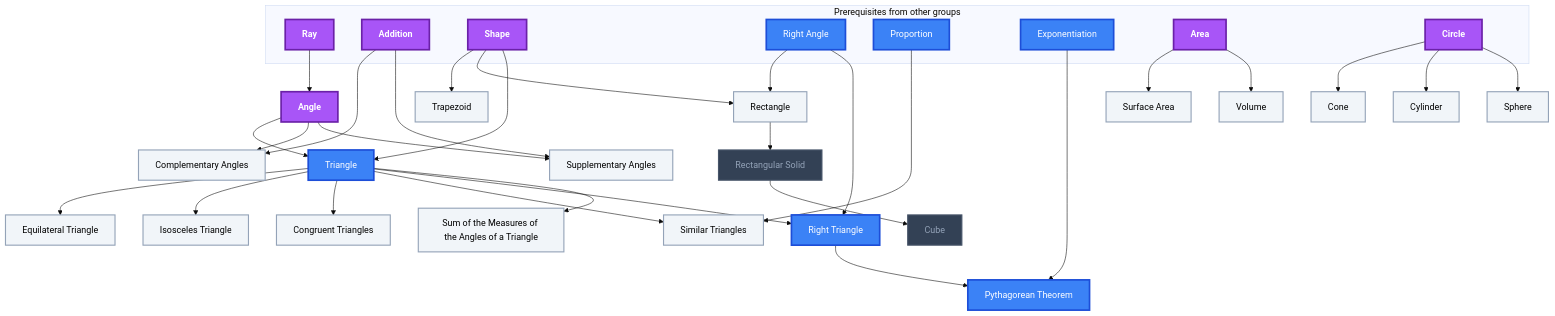
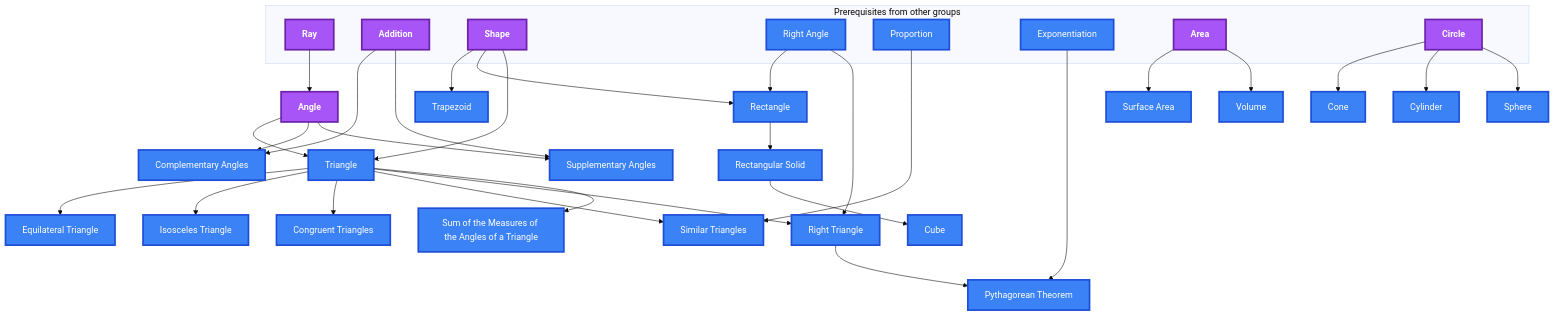
The eighth of 10 diagrams in Gamification/Skill Trees/Pre-Algebra.md (MRauf1/My-Notes), drawn with Mermaid (base theme) before and after one commit. The commit also changed other lines of this file and 145 other files, not shown here.

````diff
--- a/Gamification/Skill Trees/Pre-Algebra.md
+++ b/Gamification/Skill Trees/Pre-Algebra.md
@@ -415,74 +402,72 @@
 ```mermaid
 flowchart TD
     classDef planned fill:#1E293B,stroke:#64748B,stroke-width:2px,stroke-dasharray:5 5,color:#94A3B8;
     classDef locked fill:#334155,stroke:#475569,stroke-width:2px,color:#94A3B8;
     classDef L0 fill:#F1F5F9,stroke:#94A3B8,stroke-width:2px,color:#000000;
     classDef L1 fill:#22C55E,stroke:#15803D,stroke-width:2px,color:#000000;
     classDef L2 fill:#3B82F6,stroke:#1D4ED8,stroke-width:3px,color:#FFFFFF;
     classDef L3 fill:#A855F7,stroke:#6B21A8,stroke-width:3px,color:#FFFFFF,font-weight:bold;
     classDef L4 fill:#F97316,stroke:#C2410C,stroke-width:4px,color:#000000,font-weight:bold;
     classDef L5 fill:#FFD700,stroke:#FF8C00,stroke-width:5px,color:#000000,font-weight:bold;
     classDef rusty stroke:#8B4513,stroke-width:4px,stroke-dasharray:3 3;
     subgraph sg_prereqs["Prerequisites from other groups"]
         n_ray["Ray"]
         n_addition["Addition"]
         n_shape["Shape"]
         n_right_angle["Right Angle"]
         n_proportion["Proportion"]
         n_exponentiation["Exponentiation"]
         n_area["Area"]
         n_circle["Circle"]
     end
     n_angle["Angle"]
     n_supplementary_angles["Supplementary Angles"]
     n_complementary_angles["Complementary Angles"]
     n_triangle["Triangle"]
     n_sum_of_the_measures_of_the_angles_of_a_triangle["Sum of the Measures of the Angles of a Triangle"]
     n_right_triangle["Right Triangle"]
     n_similar_triangles["Similar Triangles"]
     n_pythagorean_theorem["Pythagorean Theorem"]
     n_volume["Volume"]
     n_rectangle["Rectangle"]
     n_congruent_triangles["Congruent Triangles"]
     n_isosceles_triangle["Isosceles Triangle"]
     n_equilateral_triangle["Equilateral Triangle"]
     n_trapezoid["Trapezoid"]
     n_surface_area["Surface Area"]
     n_rectangular_solid["Rectangular Solid"]
     n_cube["Cube"]
     n_sphere["Sphere"]
     n_cylinder["Cylinder"]
     n_cone["Cone"]
     n_ray --> n_angle
     n_addition --> n_supplementary_angles
     n_angle --> n_supplementary_angles
     n_addition --> n_complementary_angles
     n_angle --> n_complementary_angles
     n_shape --> n_triangle
     n_angle --> n_triangle
     n_triangle --> n_sum_of_the_measures_of_the_angles_of_a_triangle
     n_right_angle --> n_right_triangle
     n_triangle --> n_right_triangle
     n_proportion --> n_similar_triangles
     n_triangle --> n_similar_triangles
     n_exponentiation --> n_pythagorean_theorem
     n_right_triangle --> n_pythagorean_theorem
     n_area --> n_volume
     n_right_angle --> n_rectangle
     n_shape --> n_rectangle
     n_triangle --> n_congruent_triangles
     n_triangle --> n_isosceles_triangle
     n_triangle --> n_equilateral_triangle
     n_shape --> n_trapezoid
     n_area --> n_surface_area
     n_rectangle --> n_rectangular_solid
     n_rectangular_solid --> n_cube
     n_circle --> n_sphere
     n_circle --> n_cylinder
     n_circle --> n_cone
-    class n_rectangular_solid,n_cube locked;
-    class n_supplementary_angles,n_complementary_angles,n_sum_of_the_measures_of_the_angles_of_a_triangle,n_similar_triangles,n_volume,n_rectangle,n_congruent_triangles,n_isosceles_triangle,n_equilateral_triangle,n_trapezoid,n_surface_area,n_sphere,n_cylinder,n_cone L0;
-    class n_right_angle,n_proportion,n_exponentiation,n_triangle,n_right_triangle,n_pythagorean_theorem L2;
+    class n_right_angle,n_proportion,n_exponentiation,n_supplementary_angles,n_complementary_angles,n_triangle,n_sum_of_the_measures_of_the_angles_of_a_triangle,n_right_triangle,n_similar_triangles,n_pythagorean_theorem,n_volume,n_rectangle,n_congruent_triangles,n_isosceles_triangle,n_equilateral_triangle,n_trapezoid,n_surface_area,n_rectangular_solid,n_cube,n_sphere,n_cylinder,n_cone L2;
     class n_ray,n_addition,n_shape,n_area,n_circle,n_angle L3;
     class n_ray,n_addition,n_shape,n_right_angle,n_proportion,n_exponentiation,n_area,n_circle,n_angle,n_supplementary_angles,n_complementary_angles,n_triangle,n_sum_of_the_measures_of_the_angles_of_a_triangle,n_right_triangle,n_similar_triangles,n_pythagorean_theorem,n_volume,n_rectangle,n_congruent_triangles,n_isosceles_triangle,n_equilateral_triangle,n_trapezoid,n_surface_area,n_rectangular_solid,n_cube,n_sphere,n_cylinder,n_cone internal-link;
 ```
````
